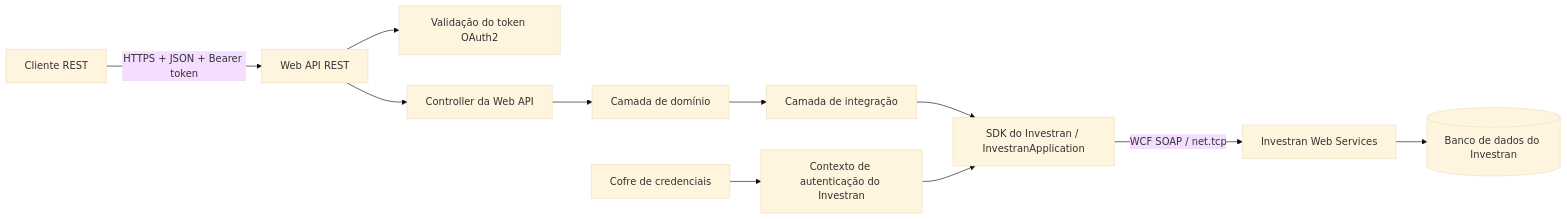
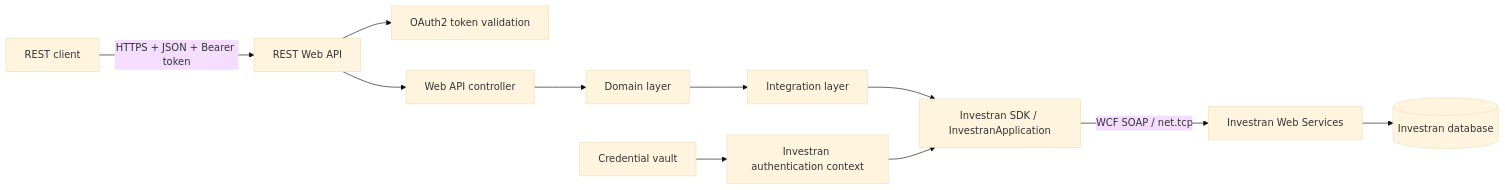
Before and after one commit to msekimoto/investran: the first of 2 diagrams in docs/api/architecture.md, drawn with Mermaid (base theme). The commit also changed other lines of this file and 52 other files, not shown here.

````diff
--- a/docs/api/architecture.md
+++ b/docs/api/architecture.md
@@ -7,13 +7,13 @@
 ```mermaid
 flowchart LR
-    C[Cliente REST] -->|HTTPS + JSON + Bearer token| API[Web API REST]
-    API --> AUTH[Validação do token OAuth2]
-    API --> CTRL[Controller da Web API]
-    CTRL --> DOM[Camada de domínio]
-    DOM --> INT[Camada de integração]
-    INT --> SDK[SDK do Investran / InvestranApplication]
+    C[REST client] -->|HTTPS + JSON + Bearer token| API[REST Web API]
+    API --> AUTH[OAuth2 token validation]
+    API --> CTRL[Web API controller]
+    CTRL --> DOM[Domain layer]
+    DOM --> INT[Integration layer]
+    INT --> SDK[Investran SDK / InvestranApplication]
     SDK -->|WCF SOAP / net.tcp| INV[Investran Web Services]
-    INV --> DB[(Banco de dados do Investran)]
-    VAULT[Cofre de credenciais] --> AUTHN[Contexto de autenticação do Investran]
+    INV --> DB[(Investran database)]
+    VAULT[Credential vault] --> AUTHN[Investran authentication context]
     AUTHN --> SDK
 ```
````
